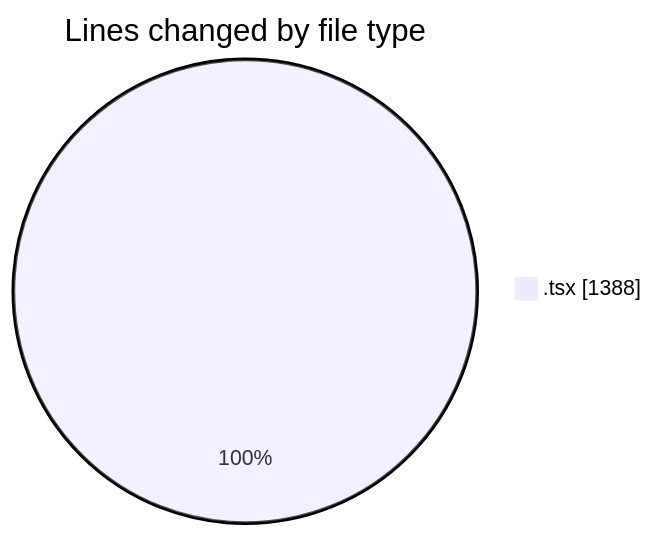
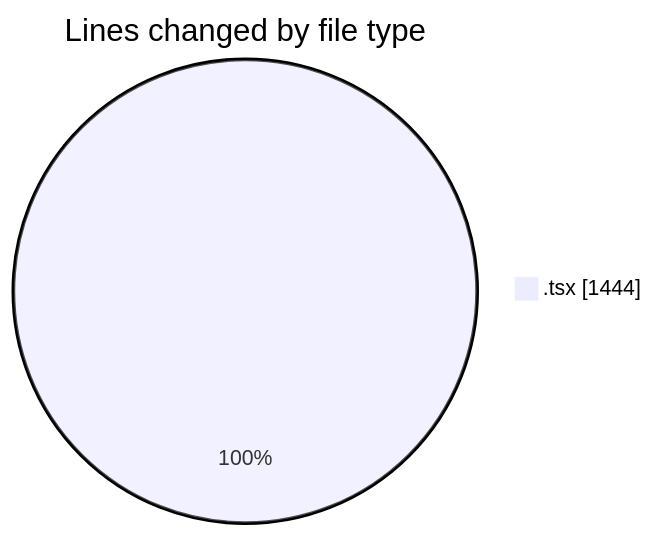
One commit to robertbonfada/code-tracking changed the first of 2 diagrams in 2025-03-10/mbc-web/README.md. Above: the diagram before and after it, drawn with Mermaid. The commit also changed other lines of this file and 1 other file, not shown here.

````diff
--- a/2025-03-10/mbc-web/README.md
+++ b/2025-03-10/mbc-web/README.md
@@ -32,5 +33,5 @@
 ```mermaid
 pie showData
 title Lines changed by file type
-".tsx" : 1388
+".tsx" : 1444
 ```
````
